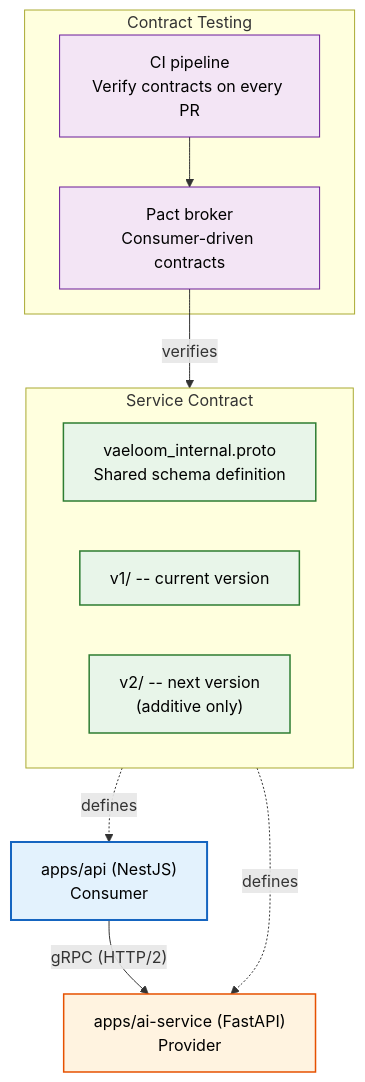
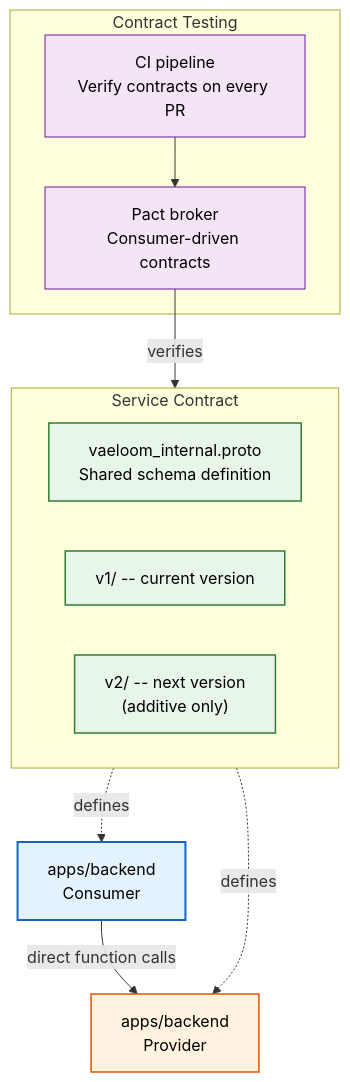
Before and after one commit to Driftloom/Vaeloom: the diagram in docs/backend/Service-Contracts.md, drawn with Mermaid. The commit also changed other lines of this file and 159 other files, not shown here.

````diff
--- a/docs/backend/Service-Contracts.md
+++ b/docs/backend/Service-Contracts.md
@@ -44,25 +54,25 @@
 ```mermaid
 graph TD
     classDef api fill:#e3f2fd,stroke:#1565c0,color:#000,stroke-width:2px
     classDef contract fill:#e8f5e9,stroke:#2e7d32,color:#000,stroke-width:1.5px
     classDef ai fill:#fff3e0,stroke:#e65100,color:#000,stroke-width:1.5px
     classDef test fill:#f3e5f5,stroke:#6a1b9a,color:#000,stroke-width:1px
 
-    API["apps/api (NestJS)<br/>Consumer"]:::api
-    AI["apps/ai-service (FastAPI)<br/>Provider"]:::ai
+    API["apps/backend<br/>Consumer"]:::api
+    AI["apps/backend<br/>Provider"]:::ai
 
     subgraph Contract["Service Contract"]
         PROTO["vaeloom_internal.proto<br/>Shared schema definition"]:::contract
         V1["v1/ -- current version"]:::contract
         V2["v2/ -- next version<br/>(additive only)"]:::contract
     end
 
     subgraph Testing["Contract Testing"]
         PACT["Pact broker<br/>Consumer-driven contracts"]:::test
         CI_PACT["CI pipeline<br/>Verify contracts on every PR"]:::test
     end
 
-    API -->|"gRPC (HTTP/2)"| AI
+    API -->|"direct function calls"| AI
     Contract -.->|"defines"| API & AI
     CI_PACT --> PACT -->|"verifies"| Contract
 ```
````
